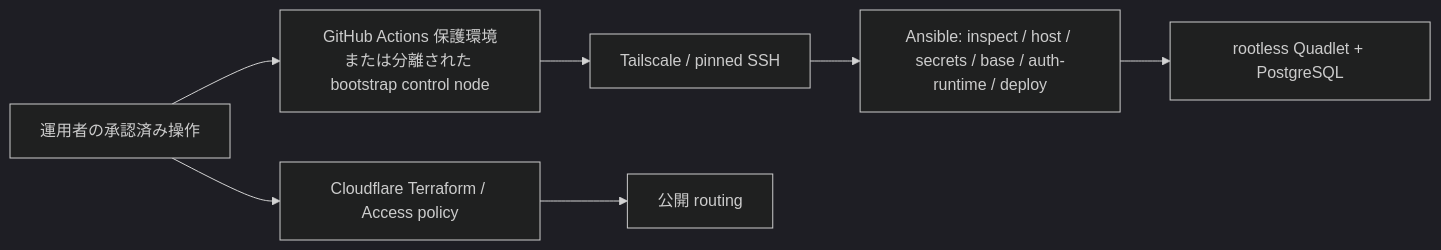
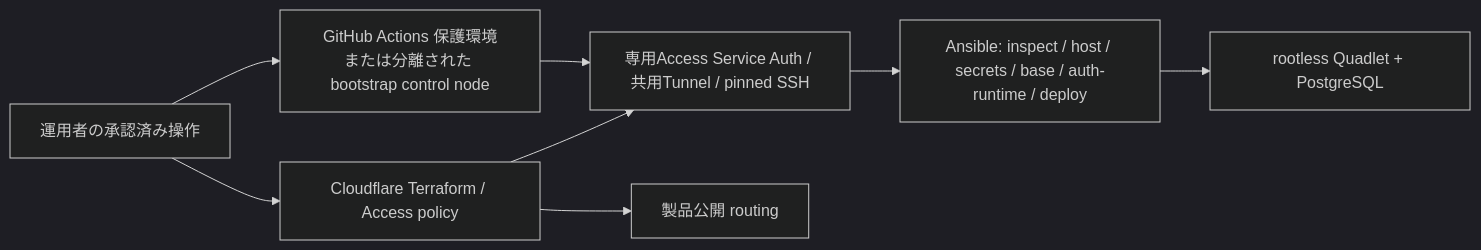
Before and after one commit to yohn-jp/codexia: the diagram in docs/architecture/diagrams/admin-3.mmd, drawn with Mermaid (dark theme). The commit also changed 13 other files, not shown here.

Commit message:
docs(architecture): align trust boundaries and deployment models with shared Tunnel

```diff
--- a/docs/architecture/diagrams/admin-3.mmd
+++ b/docs/architecture/diagrams/admin-3.mmd
@@ -1,7 +1,8 @@
 flowchart LR
     ADMIN["運用者の承認済み操作"] --> HOST["GitHub Actions 保護環境<br/>または分離された bootstrap control node"]
-    HOST --> SSH["Tailscale / pinned SSH"]
+    HOST --> SSH["専用Access Service Auth / 共用Tunnel / pinned SSH"]
     SSH --> ANS["Ansible: inspect / host / secrets / base / auth-runtime / deploy"]
     ANS --> QUAD["rootless Quadlet + PostgreSQL"]
     ADMIN --> EDGE["Cloudflare Terraform / Access policy"]
-    EDGE --> ROUTE["公開 routing"]
+    EDGE --> ROUTE["製品公開 routing"]
+    EDGE --> SSH
```
